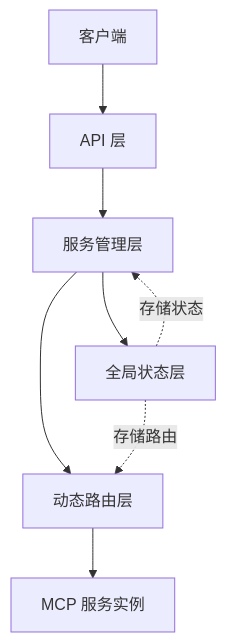
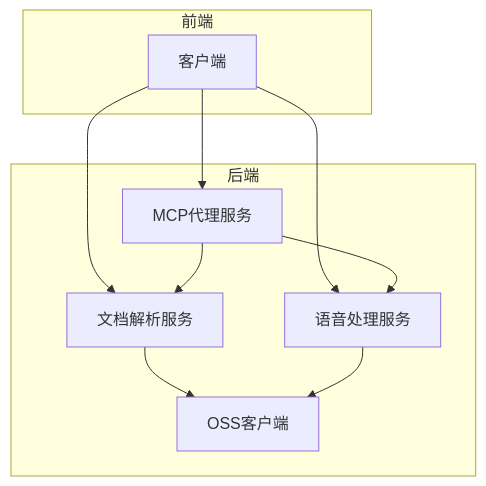
Before and after one commit to nuwax-ai/mcp-proxy: the second of 7 diagrams in .qoder/repowiki/zh/content/项目概述.md, drawn with Mermaid. The commit also changed other lines of this file and 147 other files, not shown here.

````diff
--- a/.qoder/repowiki/zh/content/项目概述.md
+++ b/.qoder/repowiki/zh/content/项目概述.md
@@ -78,10 +74,19 @@
 ```mermaid
 graph TB
-Client[客户端] --> API[API 层]
-API --> Service[服务管理层]
-Service --> Routing[动态路由层]
-Routing --> MCP[MCP 服务实例]
-Service --> State[全局状态层]
-State -.->|存储路由| Routing
-State -.->|存储状态| Service
+subgraph "前端"
+Client[客户端]
+end
+subgraph "后端"
+MCPProxy[MCP代理服务]
+DocumentParser[文档解析服务]
+VoiceCLI[语音处理服务]
+OSSClient[OSS客户端]
+end
+Client --> MCPProxy
+Client --> DocumentParser
+Client --> VoiceCLI
+MCPProxy --> DocumentParser
+MCPProxy --> VoiceCLI
+DocumentParser --> OSSClient
+VoiceCLI --> OSSClient
 ```
````
